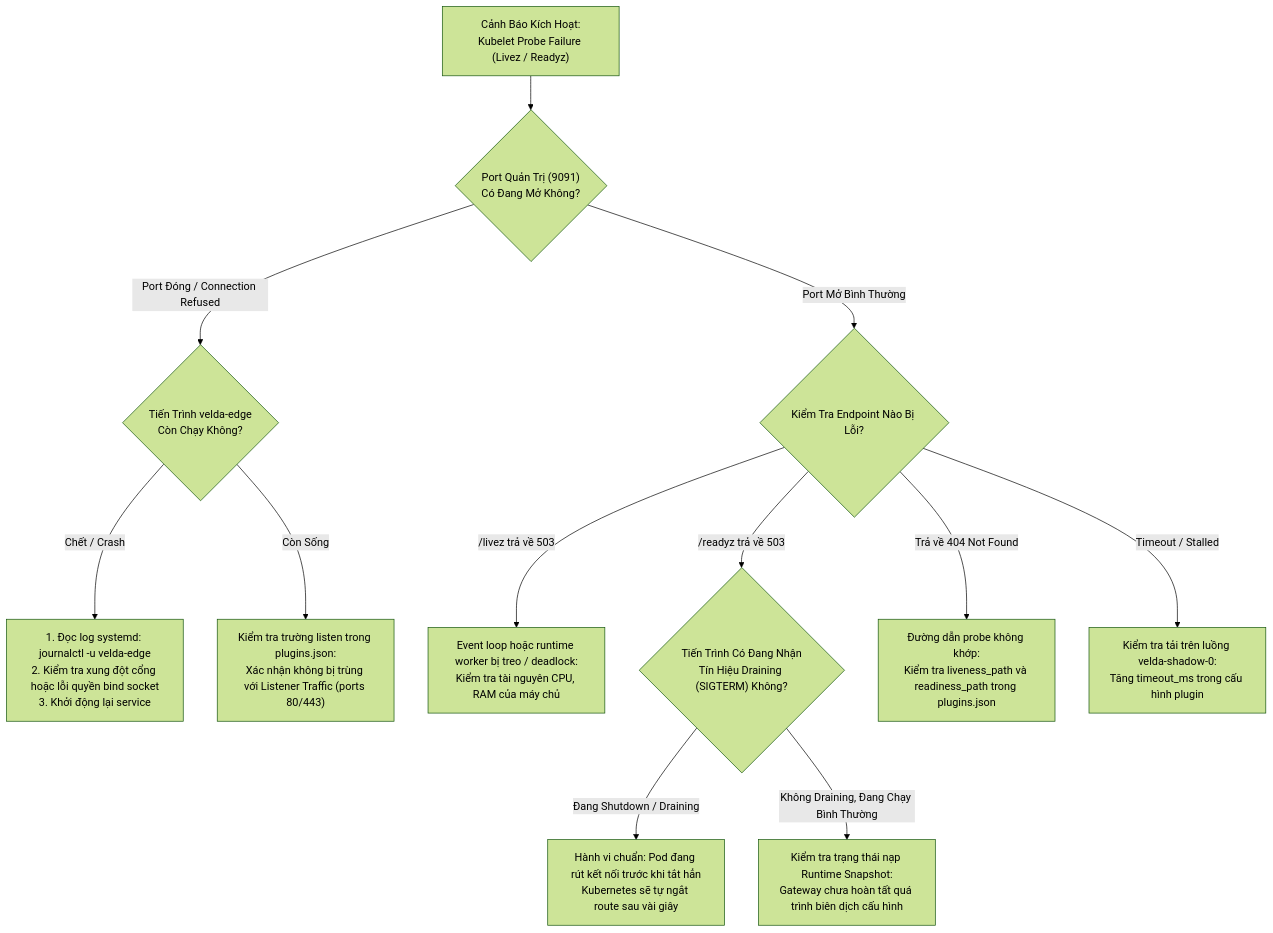
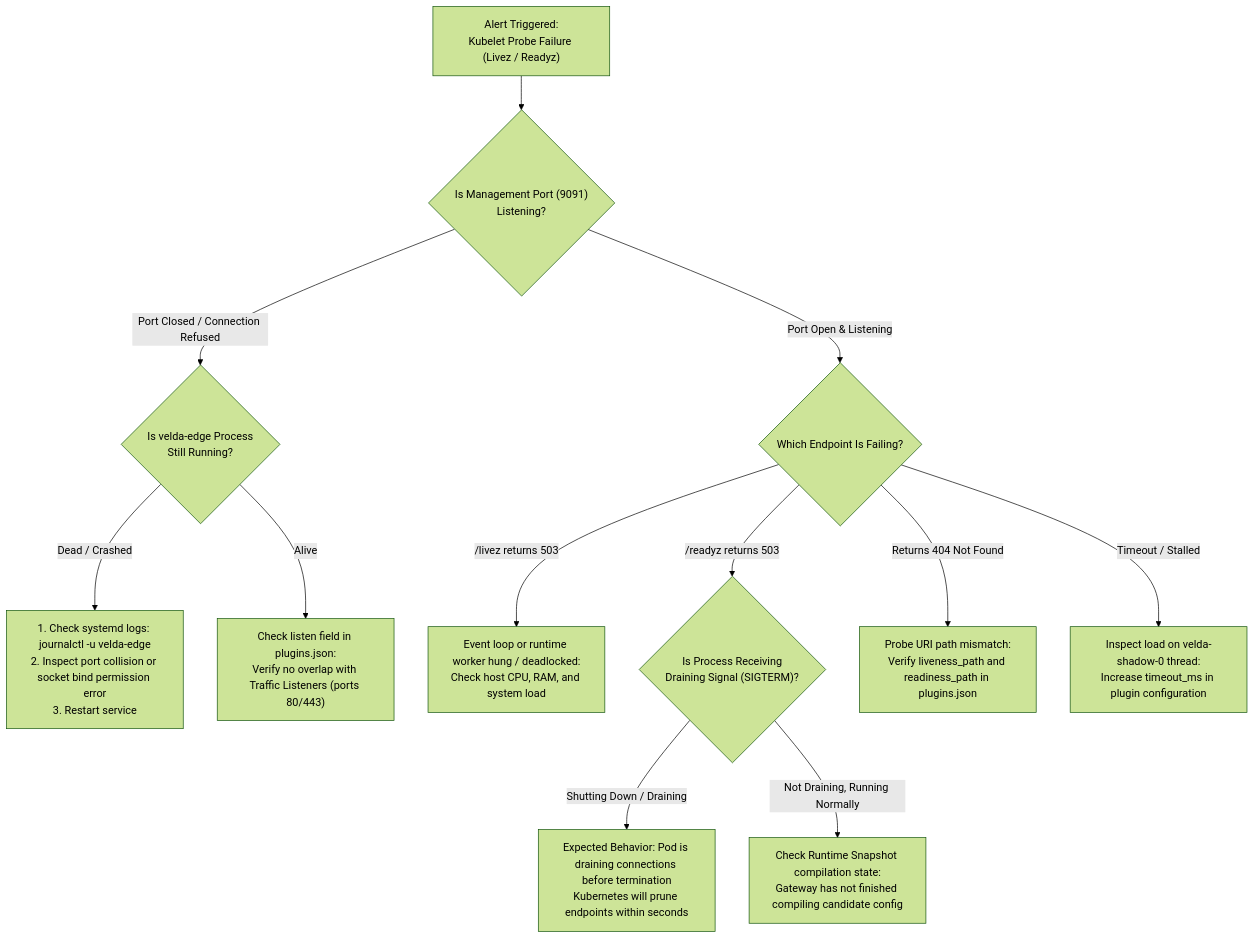
The diagram in crates/velda-plugin/src/background/health_probe/RUNBOOK.md (phucle996/velda-edge), drawn with Mermaid (forest theme) before and after one commit. The commit also changed other lines of this file and 21 other files, not shown here.

First line of the commit message:
feat(plugins): translate health_probe docs to English and standardize prometheus_exporter

````diff
--- a/crates/velda-plugin/src/background/health_probe/RUNBOOK.md
+++ b/crates/velda-plugin/src/background/health_probe/RUNBOOK.md
@@ -20,19 +20,19 @@
 ```mermaid
 flowchart TD
-    Alert["Cảnh Báo Kích Hoạt:\nKubelet Probe Failure (Livez / Readyz)"] --> CheckPort{"Port Quản Trị (9091)\nCó Đang Mở Không?"}
+    Alert["Alert Triggered:\nKubelet Probe Failure (Livez / Readyz)"] --> CheckPort{"Is Management Port (9091)\nListening?"}
     
-    CheckPort -->|Port Đóng / Connection Refused| CheckProc{"Tiến Trình velda-edge\nCòn Chạy Không?"}
-    CheckProc -->|Chết / Crash| ActionCrash["1. Đọc log systemd: journalctl -u velda-edge\n2. Kiểm tra xung đột cổng hoặc lỗi quyền bind socket\n3. Khởi động lại service"]
-    CheckProc -->|Còn Sống| ActionPort["Kiểm tra trường listen trong plugins.json:\nXác nhận không bị trùng với Listener Traffic (ports 80/443)"]
+    CheckPort -->|Port Closed / Connection Refused| CheckProc{"Is velda-edge Process\nStill Running?"}
+    CheckProc -->|Dead / Crashed| ActionCrash["1. Check systemd logs: journalctl -u velda-edge\n2. Inspect port collision or socket bind permission error\n3. Restart service"]
+    CheckProc -->|Alive| ActionPort["Check listen field in plugins.json:\nVerify no overlap with Traffic Listeners (ports 80/443)"]
 
-    CheckPort -->|Port Mở Bình Thường| TestEndpoint{"Kiểm Tra Endpoint Nào Bị Lỗi?"}
+    CheckPort -->|Port Open & Listening| TestEndpoint{"Which Endpoint Is Failing?"}
     
-    TestEndpoint -->|/livez trả về 503| ActionLive["Event loop hoặc runtime worker bị treo / deadlock:\nKiểm tra tài nguyên CPU, RAM của máy chủ"]
-    TestEndpoint -->|/readyz trả về 503| CheckDraining{"Tiến Trình Có Đang Nhận\nTín Hiệu Draining (SIGTERM) Không?"}
+    TestEndpoint -->|/livez returns 503| ActionLive["Event loop or runtime worker hung / deadlocked:\nCheck host CPU, RAM, and system load"]
+    TestEndpoint -->|/readyz returns 503| CheckDraining{"Is Process Receiving\nDraining Signal (SIGTERM)?"}
     
-    CheckDraining -->|Đang Shutdown / Draining| ExpectedBehavior["Hành vi chuẩn: Pod đang rút kết nối trước khi tắt hẳn\nKubernetes sẽ tự ngắt route sau vài giây"]
-    CheckDraining -->|Không Draining, Đang Chạy Bình Thường| ActionReady["Kiểm tra trạng thái nạp Runtime Snapshot:\nGateway chưa hoàn tất quá trình biên dịch cấu hình"]
+    CheckDraining -->|Shutting Down / Draining| ExpectedBehavior["Expected Behavior: Pod is draining connections before termination\nKubernetes will prune endpoints within seconds"]
+    CheckDraining -->|Not Draining, Running Normally| ActionReady["Check Runtime Snapshot compilation state:\nGateway has not finished compiling candidate config"]
 
-    TestEndpoint -->|Trả về 404 Not Found| ActionPath["Đường dẫn probe không khớp:\nKiểm tra liveness_path và readiness_path trong plugins.json"]
-    TestEndpoint -->|Timeout / Stalled| ActionTimeout["Kiểm tra tải trên luồng velda-shadow-0:\nTăng timeout_ms trong cấu hình plugin"]
+    TestEndpoint -->|Returns 404 Not Found| ActionPath["Probe URI path mismatch:\nVerify liveness_path and readiness_path in plugins.json"]
+    TestEndpoint -->|Timeout / Stalled| ActionTimeout["Inspect load on velda-shadow-0 thread:\nIncrease timeout_ms in plugin configuration"]
 ```
````
